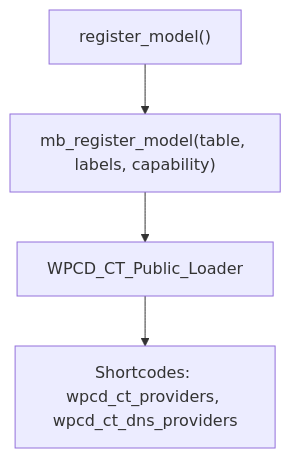
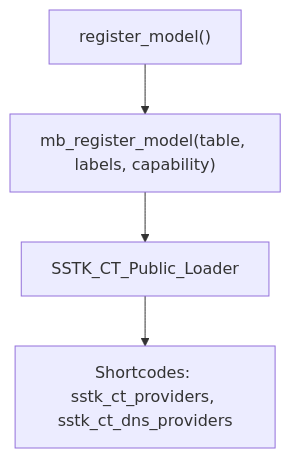
Before and after one commit to onedogsolutions/simple-stack: the ninth of 10 diagrams in .qoder/repowiki/en/content/Core Components/Data Models & Post Types.md, drawn with Mermaid. The commit also changed other lines of this file and 5941 other files, not shown here.

````diff
--- a/.qoder/repowiki/en/content/Core Components/Data Models & Post Types.md
+++ b/.qoder/repowiki/en/content/Core Components/Data Models & Post Types.md
@@ -292,6 +292,6 @@
 ```mermaid
 flowchart TD
 RegisterModel["register_model()"] --> MBRegister["mb_register_model(table, labels, capability)"]
-MBRegister --> PublicLoader["WPCD_CT_Public_Loader"]
-PublicLoader --> Shortcodes["Shortcodes: wpcd_ct_providers, wpcd_ct_dns_providers"]
+MBRegister --> PublicLoader["SSTK_CT_Public_Loader"]
+PublicLoader --> Shortcodes["Shortcodes: sstk_ct_providers, sstk_ct_dns_providers"]
 ```
````
